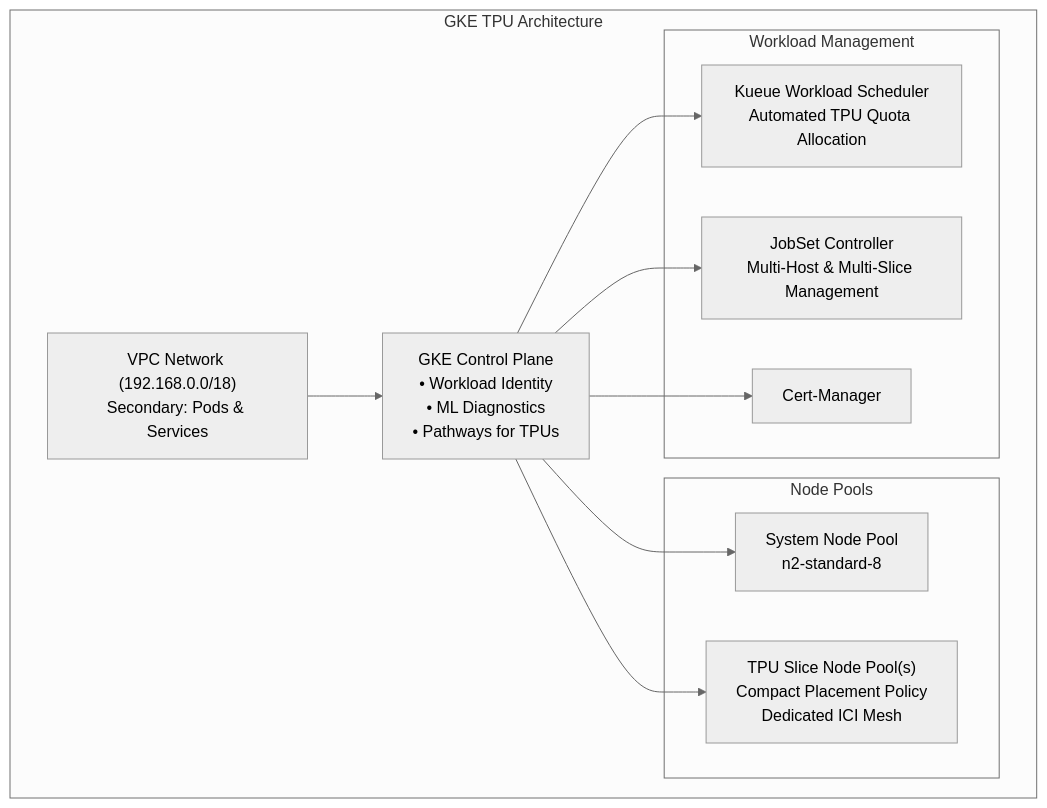
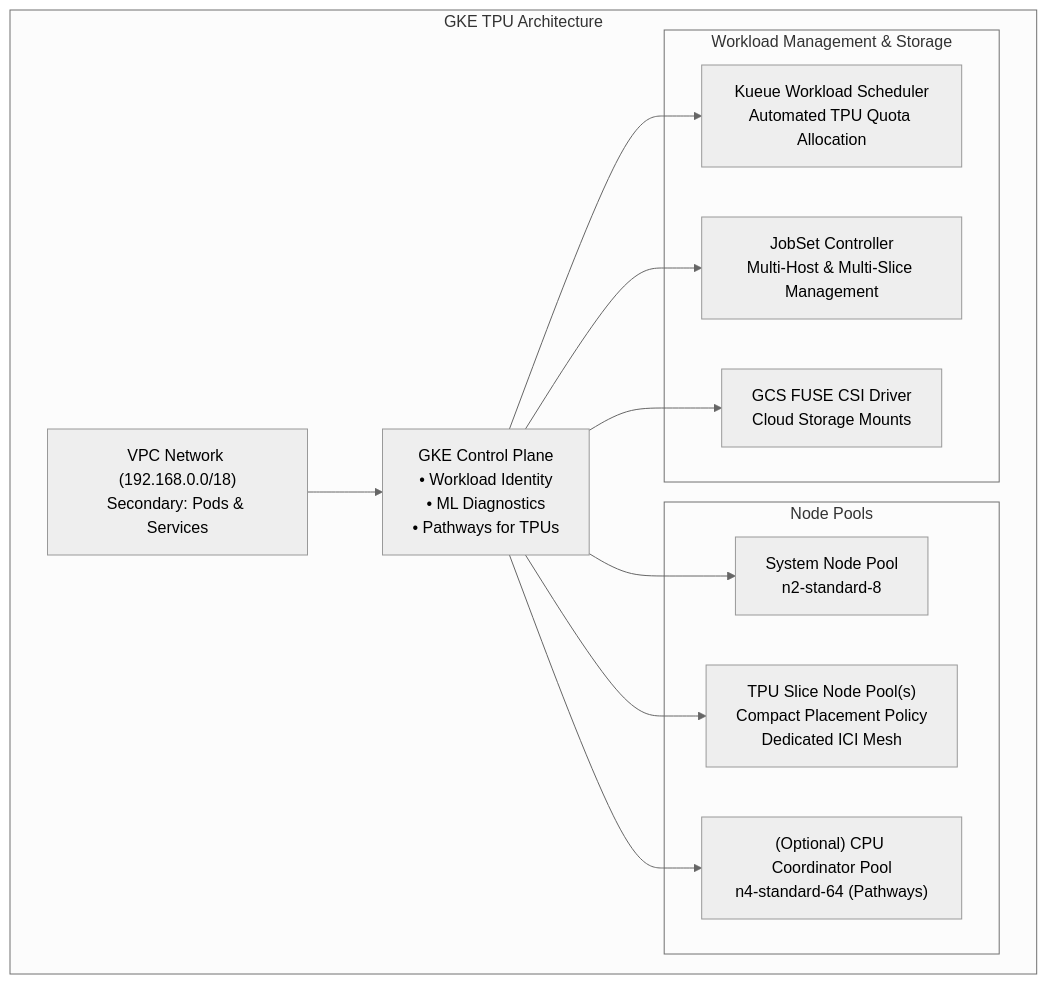
Before and after one commit to juntangc/cluster-toolkit: the diagram in examples/gke-tpu/README.md, drawn with Mermaid (neutral theme). The commit also changed other lines of this file, not shown here.

````diff
--- a/examples/gke-tpu/README.md
+++ b/examples/gke-tpu/README.md
@@ -9,25 +9,27 @@
 ```mermaid
 graph TD
     subgraph "GKE TPU Architecture"
         VPC["VPC Network (192.168.0.0/18)<br/>Secondary: Pods & Services"]
         GKE["GKE Control Plane<br/>• Workload Identity<br/>• ML Diagnostics<br/>• Pathways for TPUs"]
         
         subgraph "Node Pools"
             SYS["System Node Pool<br/>n2-standard-8"]
             TPU["TPU Slice Node Pool(s)<br/>Compact Placement Policy<br/>Dedicated ICI Mesh"]
+            CPU["(Optional) CPU Coordinator Pool<br/>n4-standard-64 (Pathways)"]
         end
         
-        subgraph "Workload Management"
+        subgraph "Workload Management & Storage"
             KUEUE["Kueue Workload Scheduler<br/>Automated TPU Quota Allocation"]
             JOBSET["JobSet Controller<br/>Multi-Host & Multi-Slice Management"]
-            CERT["Cert-Manager"]
+            GCSFUSE["GCS FUSE CSI Driver<br/>Cloud Storage Mounts"]
         end
         
         VPC --> GKE
         GKE --> SYS
         GKE --> TPU
+        GKE --> CPU
         GKE --> KUEUE
         GKE --> JOBSET
-        GKE --> CERT
+        GKE --> GCSFUSE
     end
 ```
````
